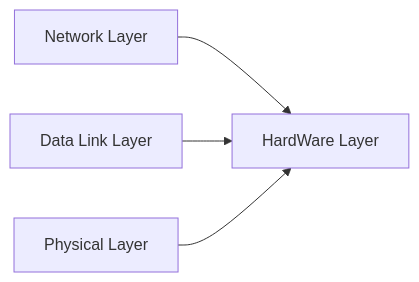
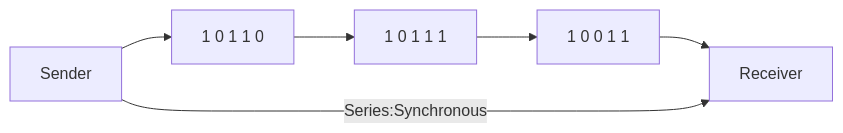
One commit to shubham21155102/Archieve changed the fifth of 12 diagrams in Computer_Networks/CN_2.MD. Above: the diagram before and after it, drawn with Mermaid. The commit also changed other lines of this file and 4 other files, not shown here.

````diff
--- a/Computer_Networks/CN_2.MD
+++ b/Computer_Networks/CN_2.MD
@@ -40,6 +73,5 @@
 ```mermaid
 graph LR;
-A[Network Layer]-->B[HardWare Layer]
-C[Data Link Layer]-->B
-D[Physical Layer]-->B
+A[Sender]-->C[1 0 1 1 0]-->D[1 0 1 1 1]-->E[1 0 0 1 1]-->B[Receiver]
+A--Series:Synchronous-->B
 ```
````
